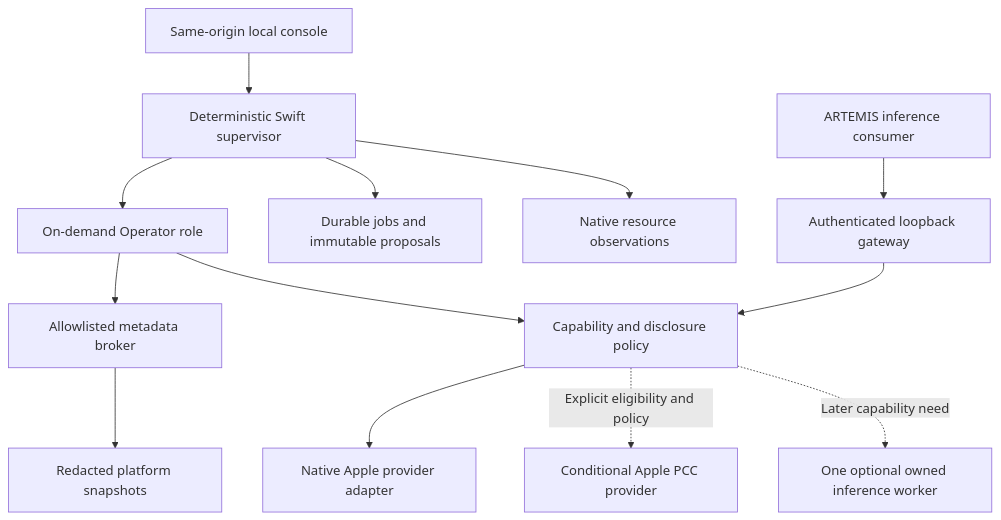
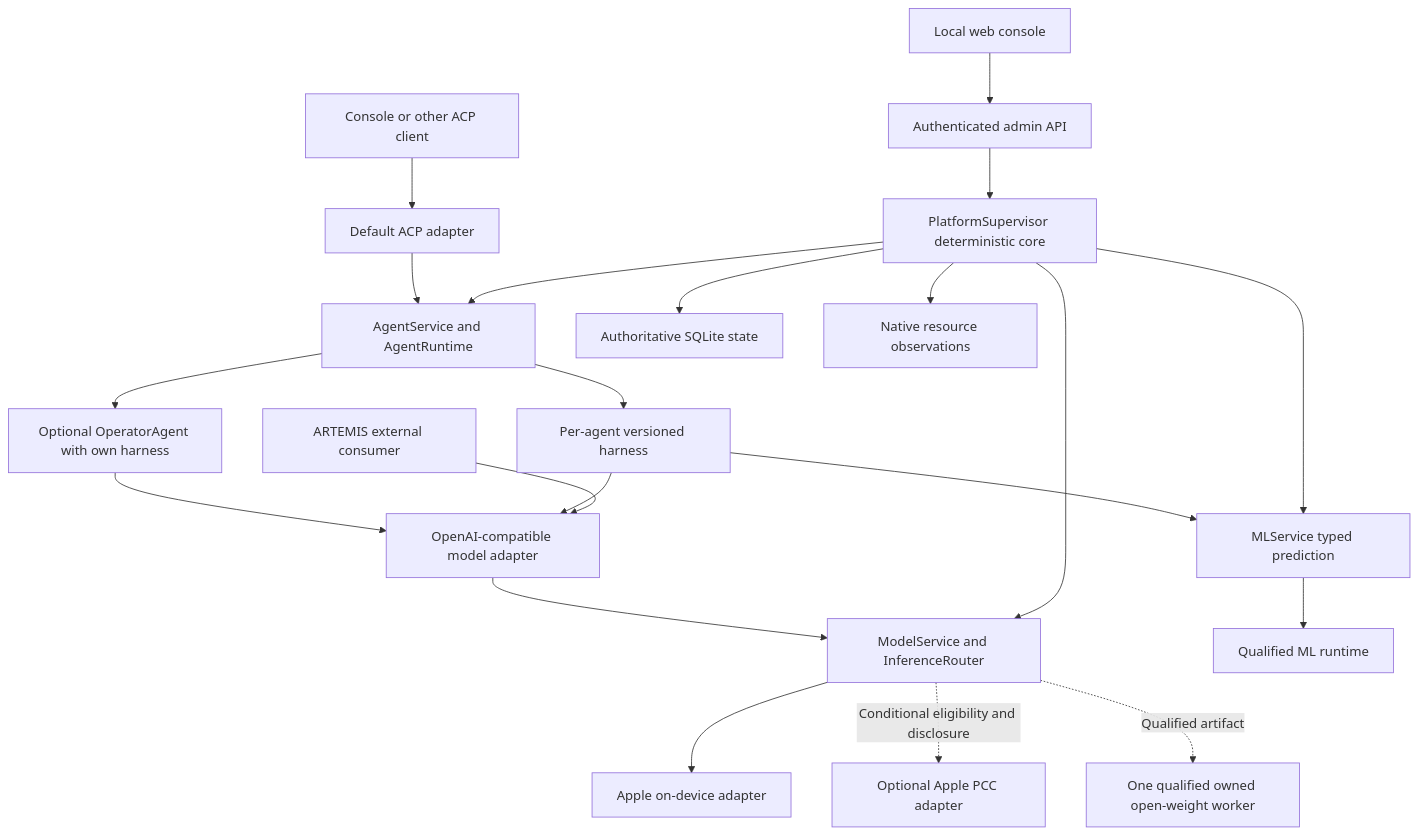
One commit to banggaoo/ondevice-agent-platform changed the diagram in docs/architecture.md. Above: the diagram before and after it, drawn with Mermaid. The commit also changed other lines of this file and 70 other files, not shown here.

````diff
--- a/docs/architecture.md
+++ b/docs/architecture.md
@@ -11,15 +19,23 @@
 ```mermaid
 flowchart TD
-    Console[Same-origin local console] --> Supervisor[Deterministic Swift supervisor]
-    Supervisor --> Operator[On-demand Operator role]
-    Operator --> Broker[Allowlisted metadata broker]
-    Broker --> Snapshots[Redacted platform snapshots]
-    Operator --> Router[Capability and disclosure policy]
-    Artemis[ARTEMIS inference consumer] --> Gateway[Authenticated loopback gateway]
-    Gateway --> Router
-    Router --> Apple[Native Apple provider adapter]
-    Router -. Explicit eligibility and policy .-> PCC[Conditional Apple PCC provider]
-    Router -. Later capability need .-> Worker[One optional owned inference worker]
-    Supervisor --> State[Durable jobs and immutable proposals]
+    Console[Local web console] --> Admin[Authenticated admin API]
+    Admin --> Supervisor[PlatformSupervisor deterministic core]
+    AgentClient[Console or other ACP client] --> ACPAdapter[Default ACP adapter]
+    ACPAdapter --> AgentRT[AgentService and AgentRuntime]
+    AgentRT --> Operator[Optional OperatorAgent with own harness]
+    AgentRT --> Harness[Per-agent versioned harness]
+    Operator --> OpenAI[OpenAI-compatible model adapter]
+    Harness --> OpenAI
+    Artemis[ARTEMIS external consumer] --> OpenAI
+    OpenAI --> ModelService[ModelService and InferenceRouter]
+    ModelService --> Apple[Apple on-device adapter]
+    ModelService -. Conditional eligibility and disclosure .-> PCC[Optional Apple PCC adapter]
+    ModelService -. Qualified artifact .-> Owned[One qualified owned open-weight worker]
+    MLService --> MLRT[Qualified ML runtime]
+    Harness --> MLService[MLService typed prediction]
+    Supervisor --> ModelService
+    Supervisor --> MLService
+    Supervisor --> AgentRT
+    Supervisor --> State[Authoritative SQLite state]
     Supervisor --> Governor[Native resource observations]
 ```
````
